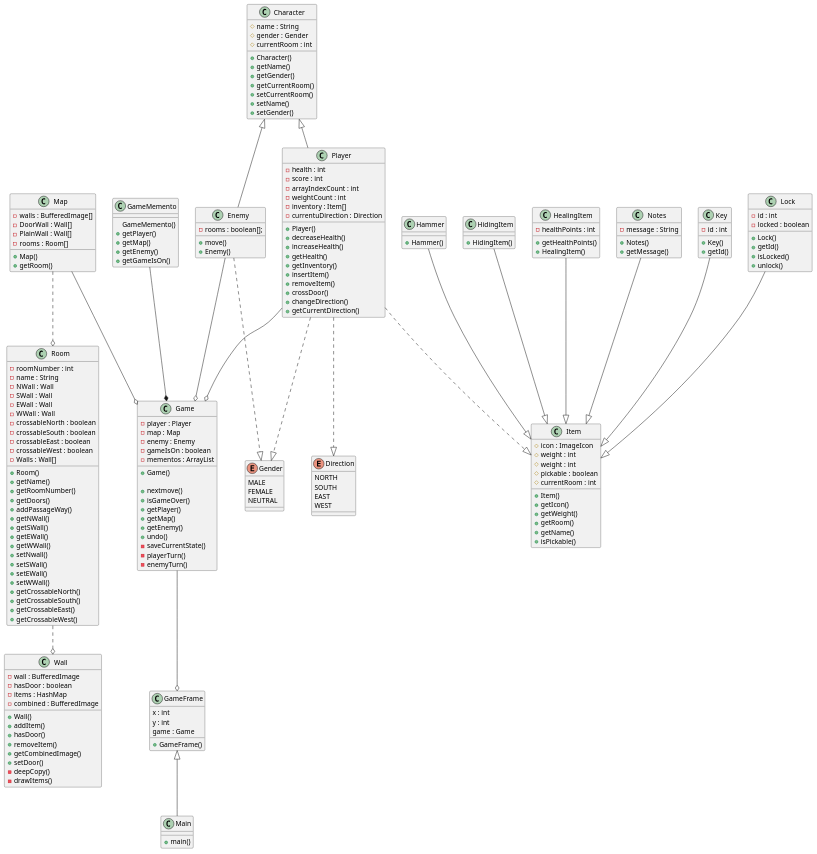
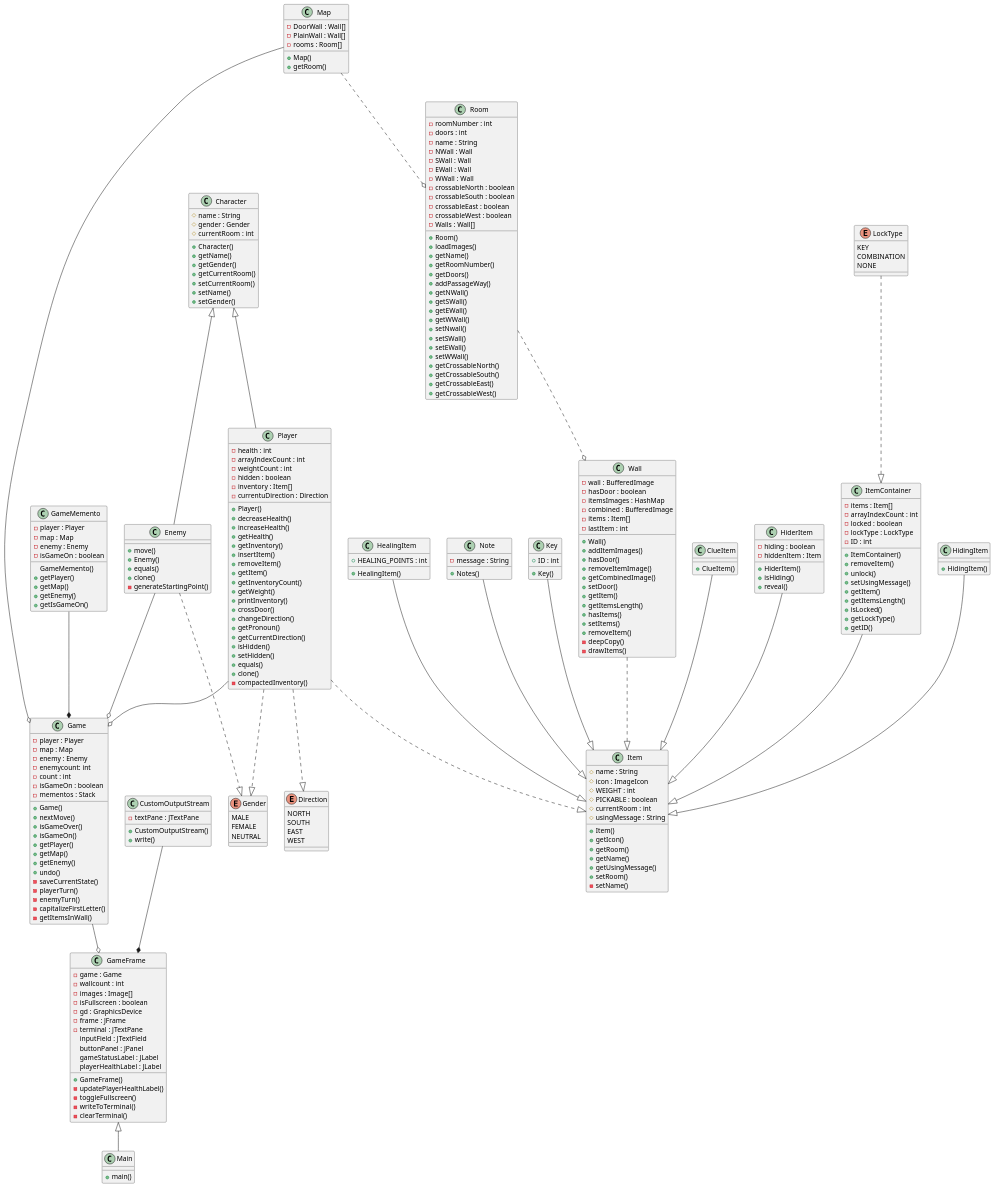
The diagram in docs/uml/DesignClassModel.plantuml (nardib/TextAdventure), drawn with PlantUML before and after one commit. The commit also changed 13 other files, not shown here.

Commit message:
updated diagrams

```diff
--- a/docs/uml/DesignClassModel.plantuml
+++ b/docs/uml/DesignClassModel.plantuml
@@ -2,9 +2,9 @@
 
     class Player {
         -health : int
-        -score : int
         -arrayIndexCount : int
         -weightCount : int
+        -hidden : boolean
         -inventory : Item[]
         -currentuDirection : Direction
 
@@ -15,17 +15,32 @@
         +getInventory()
         +insertItem()
         +removeItem()
+        +getItem()
+        +getInventoryCount()
+        +getWeight()
+        +printInventory()
         +crossDoor()
         +changeDirection()
+        +getPronoun()
         +getCurrentDirection()
+        +isHidden()
+        +setHidden()
+        +equals()
+        +clone()
+        -compactedInventory()
     }
 
     class GameMemento{
+        -player : Player
+        -map : Map
+        -enemy : Enemy
+        -isGameOn : boolean
+
         GameMemento()
         +getPlayer()
         +getMap()
         +getEnemy()
-        +getGameIsOn()
+        +getIsGameOn()
     }
 
     enum Gender {
@@ -33,35 +48,60 @@
         FEMALE
         NEUTRAL
     }
+
     enum Direction {
         NORTH
         SOUTH
         EAST
         WEST
     }
+
+    enum LockType {
+        KEY
+        COMBINATION
+        NONE
+    }
+
     class Enemy{
-        -rooms : boolean[];
-
         +move()
         +Enemy()
+        +equals()
+        +clone()
+        -generateStartingPoint()
     }
+
     class GameFrame {
-        x : int
-        y : int
-        game : Game
+        -game : Game
+        -wallcount : int
+        -images : Image[]
+        -isFullscreen : boolean
+        - gd : GraphicsDevice
+        -frame : JFrame
+        -terminal : JTextPane
+        inputField : JTextField
+        buttonPanel : JPanel
+        gameStatusLabel : JLabel
+        playerHealthLabel : JLabel
         +GameFrame()
+        -updatePlayerHealthLabel()
+        -toggleFullscreen()
+        -writeToTerminal()
+        -clearTerminal()
     }
+
     class Game {
         -player : Player
         -map : Map
         -enemy : Enemy
-        -gameIsOn : boolean
-        -mementos : ArrayList
+        -enemycount: int
+        -count : int
+        -isGameOn : boolean
+        -mementos : Stack
 
         +Game()
-       
-        +nextmove()
+        +nextMove()
         +isGameOver()
+        +isGameOn()
         +getPlayer()
         +getMap()
         +getEnemy()
@@ -69,27 +109,67 @@
         -saveCurrentState()
         -playerTurn()
         -enemyTurn()
+        -capitalizeFirstLetter()
+        -getItemsInWall()
     }
+
     class Main {
         +main()
     }
+
     class Item{
+        #name : String
         #icon : ImageIcon
-        #weight : int
-        #weight : int
-        #pickable : boolean
+        #WEIGHT : int
+        #PICKABLE : boolean
         #currentRoom : int
+        #usingMessage : String
 
         +Item()
         +getIcon()
-        +getWeight()
         +getRoom()
         +getName()
-        +isPickable()
+        +getUsingMessage()
+        +setRoom()
+        -setName()
     }
 
-    class Hammer{
-        +Hammer()
+    class ClueItem{
+        +ClueItem()
+    }
+
+    class HiderItem{
+        -hiding : boolean
+        -hiddenItem : Item
+
+        +HiderItem()
+        +isHiding()
+        +reveal()
+    }
+
+    class ItemContainer{
+        -items : Item[]
+        -arrayIndexCount : int
+        -locked : boolean
+        -lockType : LockType
+        -ID : int
+
+        +ItemContainer()
+        +removeItem()
+        +unlock()
+        +setUsingMessage()
+        +getItem()
+        +getItemsLength()
+        +isLocked()
+        +getLockType()
+        +getID()
+    }
+
+    class CustomOutputStream{
+        -textPane : JTextPane
+        
+        +CustomOutputStream()
+        +write()
     }
 
     class HidingItem{
@@ -97,38 +177,24 @@
     }
 
     class HealingItem{
-        -healthPoints : int
+        +HEALING_POINTS : int
 
-        +getHealthPoints()
         +HealingItem()
     }
 
-    class Notes {
+    class Note {
         -message : String
 
         +Notes()
-        +getMessage()
     }
 
     class Key {
-        -id : int
+        +ID : int
 
         +Key()
-        +getId()
-    }
-
-    class Lock{
-        -id : int
-        -locked : boolean
-
-        +Lock()
-        +getId()
-        +isLocked()
-        +unlock()
     }
 
     class Map {
-        -walls : BufferedImage[]
         -DoorWall : Wall[]
         -PlainWall : Wall[]
         -rooms : Room[]
@@ -136,8 +202,10 @@
         +Map()
         +getRoom()
     }
+
     class Room {
         -roomNumber : int
+        -doors : int
         -name : String
         -NWall : Wall
         -SWall : Wall
@@ -150,6 +218,7 @@
         -Walls : Wall[]
 
         +Room()
+        +loadImages()
         +getName()
         +getRoomNumber()
         +getDoors()
@@ -186,30 +255,40 @@
     {
         -wall : BufferedImage
         -hasDoor : boolean
-        -items : HashMap
+        -itemsImages : HashMap
         -combined : BufferedImage
+        -items : Item[]
+        -lastItem : int
         
         +Wall()
-        +addItem()
+        +addItemImages()
         +hasDoor()
-        +removeItem()
+        +removeItemImage()
         +getCombinedImage()
         +setDoor()
+        +getItem()
+        +getItemsLength()
+        +hasItems()
+        +setItems()
+        +removeItem()
         -deepCopy()
         -drawItems()
     }
 
     Player ..|> Gender
+    LockType ..|> ItemContainer
     Map ..o Room
     Room ..o Wall
     Player ..|> Item
+    Wall ..|> Item
     Player ..|> Direction
     Key --|> Item
-    Lock --|> Item
+    HiderItem --|> Item
+    ItemContainer --|> Item
     HealingItem --|> Item
-    Hammer --|> Item
+    ClueItem --|> Item
     HidingItem --|> Item
-    Notes --|> Item
+    Note --|> Item
     Enemy ..|> Gender
     Character <|-- Player
     Character <|-- Enemy
@@ -219,5 +298,6 @@
     GameMemento --* Game
     Game --o GameFrame
     GameFrame <|-- Main
+    CustomOutputStream --* GameFrame
 
 @enduml
```
